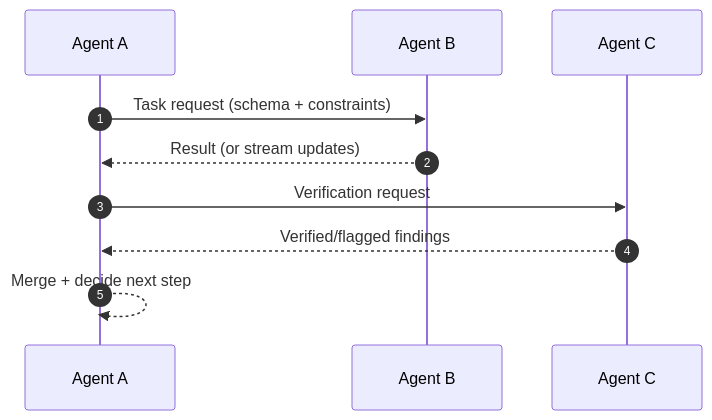
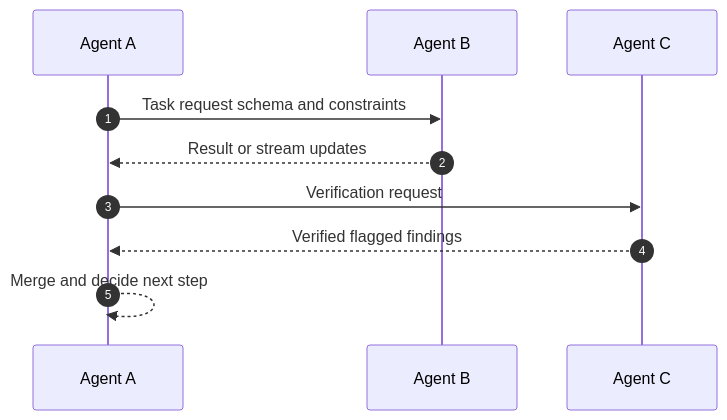
Diagram 15 of 21 in Agentic_Design_Patterns_21_Patterns_Guide.md (tonyjosephsebastians/AI-Design-patterns), drawn with Mermaid before and after one commit. The commit also changed other lines of this file, not shown here.

````diff
--- a/Agentic_Design_Patterns_21_Patterns_Guide.md
+++ b/Agentic_Design_Patterns_21_Patterns_Guide.md
@@ -581,12 +581,12 @@
 ```mermaid
 sequenceDiagram
 autonumber
 participant A as Agent A
 participant B as Agent B
 participant C as Agent C
-A->>B: Task request (schema + constraints)
-B-->>A: Result (or stream updates)
+A->>B: Task request schema and constraints
+B-->>A: Result or stream updates
 A->>C: Verification request
-C-->>A: Verified/flagged findings
-A-->>A: Merge + decide next step
+C-->>A: Verified flagged findings
+A-->>A: Merge and decide next step
 ```
````
